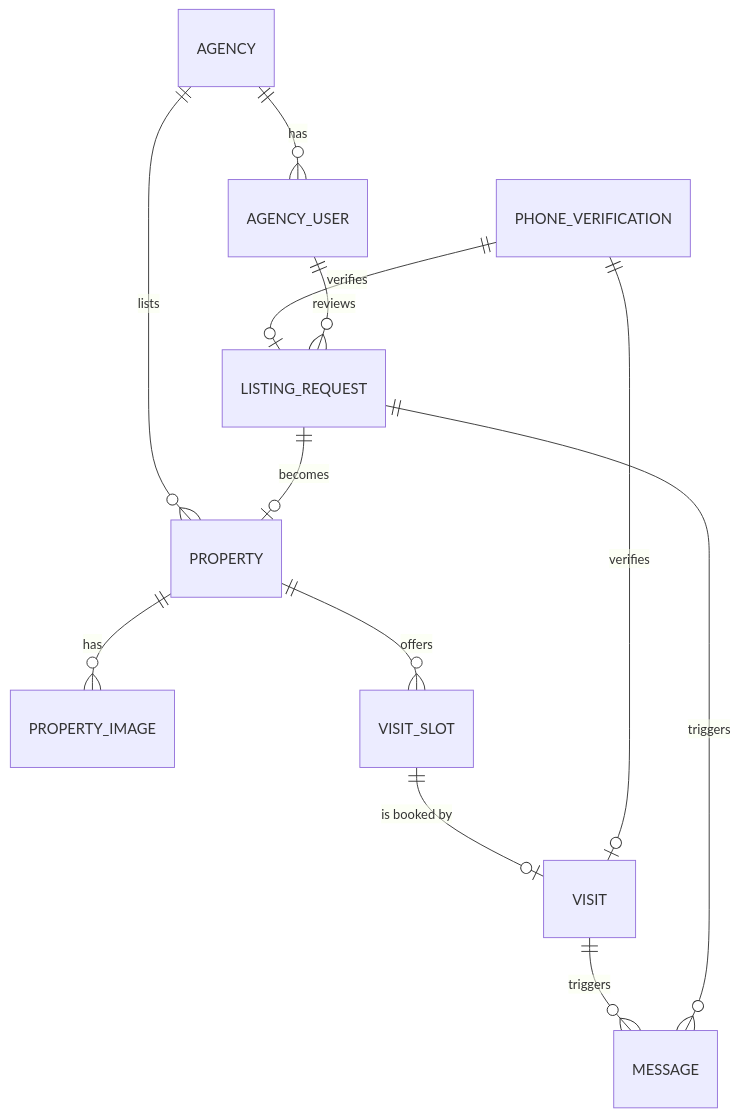
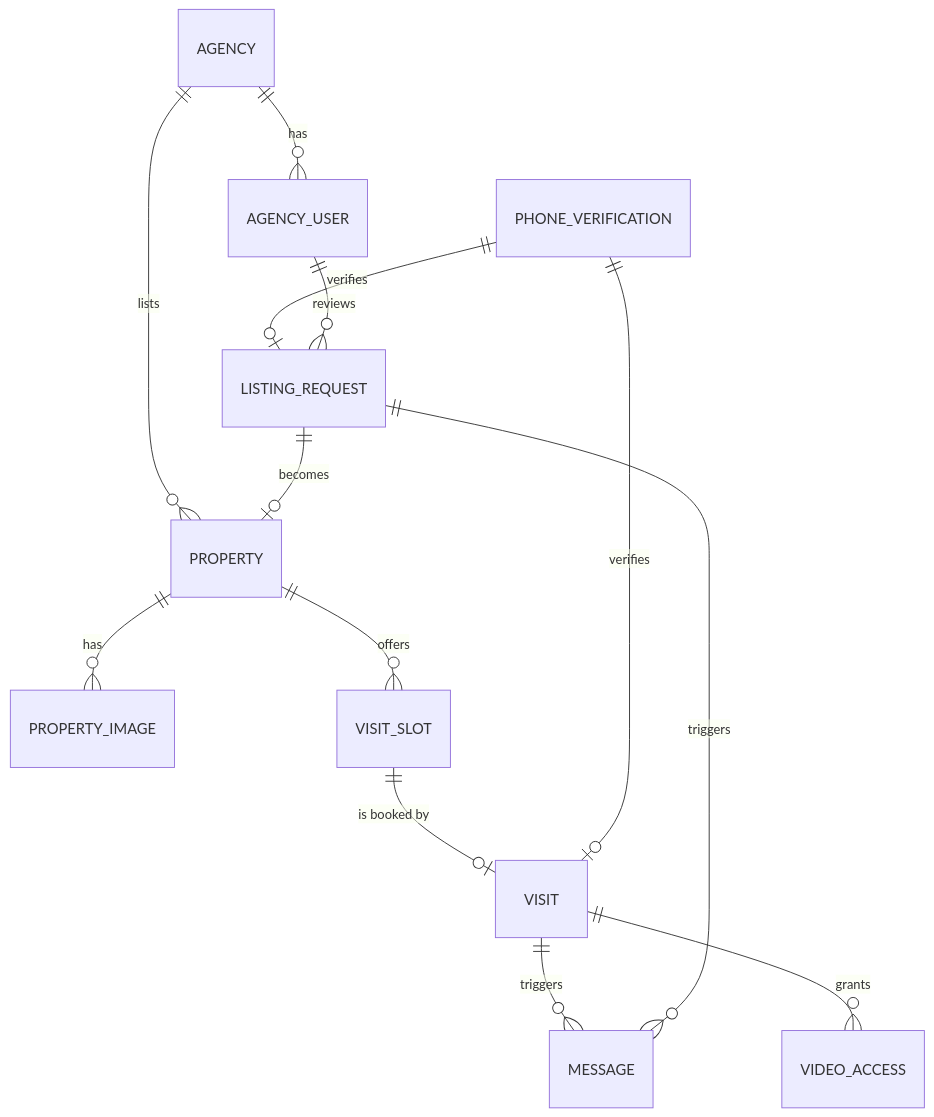
One commit to femCodersClub-vonage-program/secure-property-viewing changed the diagram in specs/data-model-and-api-contract.md. Above: the diagram before and after it, drawn with Mermaid. The commit also changed other lines of this file and 5 other files, not shown here.

First line of the commit message:
docs(specs): add the video visit spec

````diff
--- a/specs/data-model-and-api-contract.md
+++ b/specs/data-model-and-api-contract.md
@@ -49,14 +49,15 @@
 ```mermaid
 erDiagram
     AGENCY ||--o{ AGENCY_USER : has
     AGENCY ||--o{ PROPERTY : lists
     PROPERTY ||--o{ PROPERTY_IMAGE : has
     PROPERTY ||--o{ VISIT_SLOT : offers
     VISIT_SLOT ||--o| VISIT : "is booked by"
     PHONE_VERIFICATION ||--o| VISIT : verifies
     PHONE_VERIFICATION ||--o| LISTING_REQUEST : verifies
     AGENCY_USER ||--o{ LISTING_REQUEST : reviews
     LISTING_REQUEST ||--o| PROPERTY : "becomes"
     VISIT ||--o{ MESSAGE : triggers
+    VISIT ||--o{ VIDEO_ACCESS : grants
     LISTING_REQUEST ||--o{ MESSAGE : triggers
 ```
````
